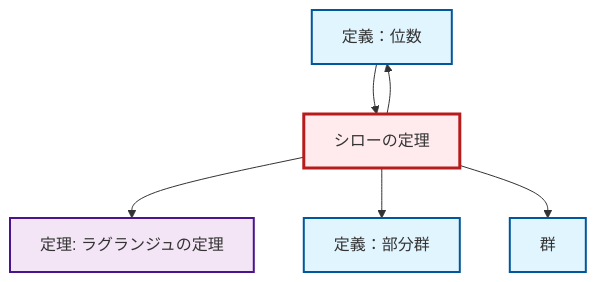
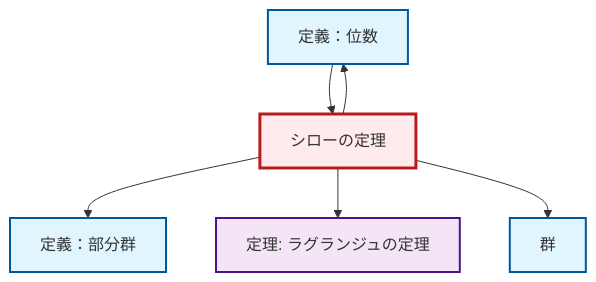
One commit to RK0429/ModernMath changed the diagram in content/ja/algebra/thm-sylow.qmd. Above: the diagram before and after it, drawn with Mermaid. The commit also changed 672 other files, not shown here.

````diff
--- a/content/ja/algebra/thm-sylow.qmd
+++ b/content/ja/algebra/thm-sylow.qmd
@@ -86,24 +86,24 @@
 ```{mermaid}
-%%| fig-cap: "Local dependency graph"
+%%| fig-cap: "ローカル依存関係グラフ"
 graph TD
     classDef definition fill:#e1f5fe,stroke:#01579b,stroke-width:2px
     classDef theorem fill:#f3e5f5,stroke:#4a148c,stroke-width:2px
     classDef axiom fill:#fff3e0,stroke:#e65100,stroke-width:2px
     classDef example fill:#e8f5e9,stroke:#1b5e20,stroke-width:2px
     classDef current fill:#ffebee,stroke:#b71c1c,stroke-width:3px
     def-subgroup["定義：部分群"]:::definition
     def-order["定義：位数"]:::definition
+    def-group["群"]:::definition
     thm-lagrange["定理: ラグランジュの定理"]:::theorem
     thm-sylow["シローの定理"]:::theorem
-    def-group["群"]:::definition
-    thm-sylow --> def-order
+    thm-sylow --> def-subgroup
     thm-sylow --> thm-lagrange
-    thm-sylow --> def-subgroup
     thm-sylow --> def-group
     def-order --> thm-sylow
+    thm-sylow --> def-order
     class thm-sylow current
     click def-subgroup "def-subgroup.html" "定義：部分群へ"
     click def-order "def-order.html" "定義：位数へ"
+    click def-group "def-group.html" "群へ"
     click thm-lagrange "thm-lagrange.html" "ラグランジュの定理の定理へ"
-    click def-group "def-group.html" "群へ"
 ```
````
